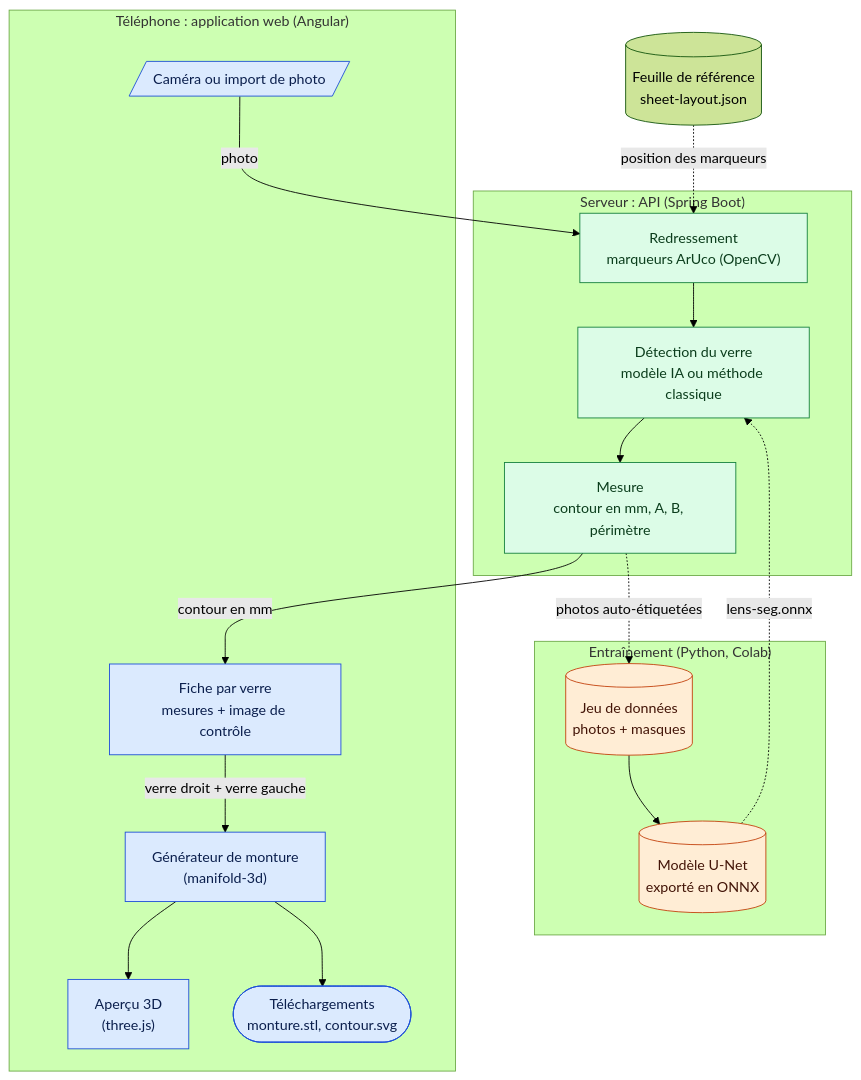
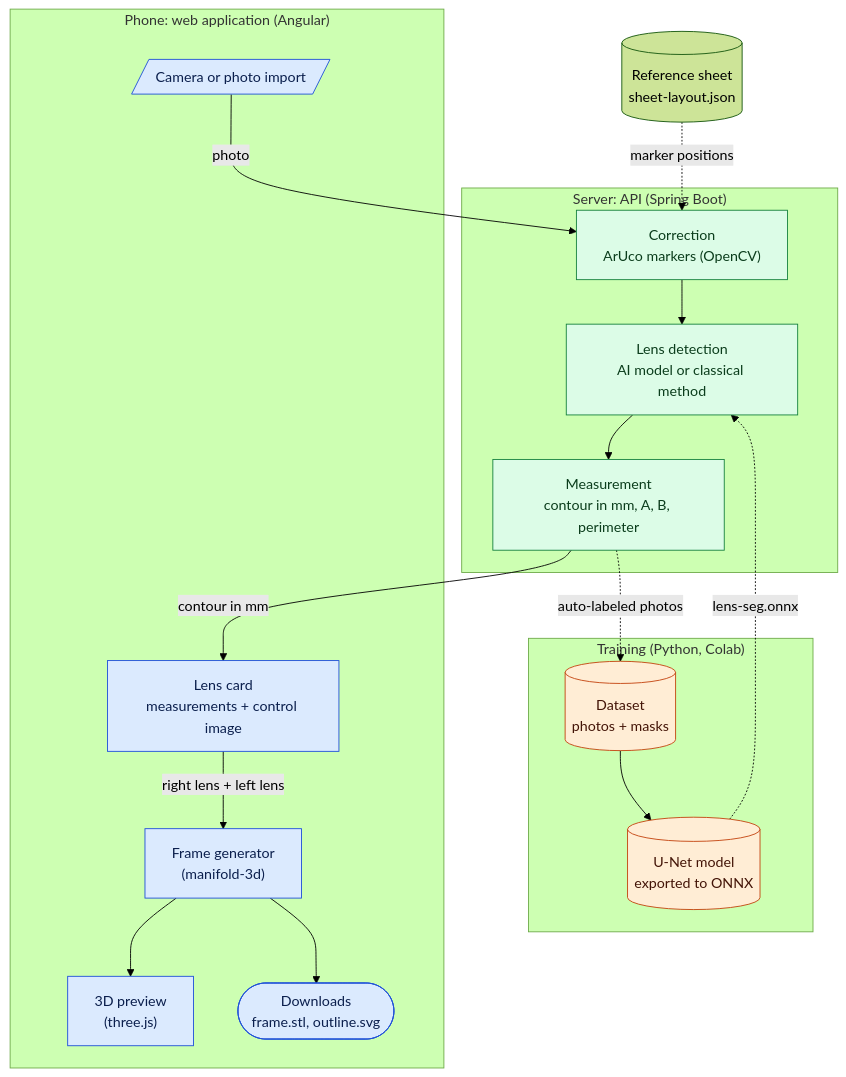
The second of 2 diagrams in README.md (CodeMLYummy/optiframe), drawn with Mermaid (forest theme) before and after one commit. The commit also changed other lines of this file, not shown here.

````diff
--- a/README.md
+++ b/README.md
@@ -23,41 +23,41 @@
 ```mermaid
 flowchart TB
-    subgraph PHONE["Téléphone : application web (Angular)"]
-        CAM[/"Caméra ou import de photo"/]
-        CARDS["Fiche par verre<br/>mesures + image de contrôle"]
-        GEN["Générateur de monture<br/>(manifold-3d)"]
-        VIEW["Aperçu 3D<br/>(three.js)"]
-        EXP(["Téléchargements<br/>monture.stl, contour.svg"])
+    subgraph PHONE["Phone: web application (Angular)"]
+        CAM[/"Camera or photo import"/]
+        CARDS["Lens card<br/>measurements + control image"]
+        GEN["Frame generator<br/>(manifold-3d)"]
+        VIEW["3D preview<br/>(three.js)"]
+        EXP(["Downloads<br/>frame.stl, outline.svg"])
     end
 
-    subgraph SERVER["Serveur : API (Spring Boot)"]
-        RECT["Redressement<br/>marqueurs ArUco (OpenCV)"]
-        SEG["Détection du verre<br/>modèle IA ou méthode classique"]
-        MEAS["Mesure<br/>contour en mm, A, B, périmètre"]
+    subgraph SERVER["Server: API (Spring Boot)"]
+        RECT["Correction<br/>ArUco markers (OpenCV)"]
+        SEG["Lens detection<br/>AI model or classical method"]
+        MEAS["Measurement<br/>contour in mm, A, B, perimeter"]
     end
 
-    subgraph TRAIN["Entraînement (Python, Colab)"]
-        DATA[("Jeu de données<br/>photos + masques")]
-        MODEL[("Modèle U-Net<br/>exporté en ONNX")]
+    subgraph TRAIN["Training (Python, Colab)"]
+        DATA[("Dataset<br/>photos + masks")]
+        MODEL[("U-Net model<br/>exported to ONNX")]
     end
 
-    SHEET[("Feuille de référence<br/>sheet-layout.json")]
+    SHEET[("Reference sheet<br/>sheet-layout.json")]
 
     CAM -- "photo" --> RECT
     RECT --> SEG --> MEAS
-    MEAS -- "contour en mm" --> CARDS
-    CARDS -- "verre droit + verre gauche" --> GEN
+    MEAS -- "contour in mm" --> CARDS
+    CARDS -- "right lens + left lens" --> GEN
     GEN --> VIEW
     GEN --> EXP
-    MEAS -. "photos auto-étiquetées" .-> DATA
+    MEAS -. "auto-labeled photos" .-> DATA
     DATA --> MODEL
     MODEL -. "lens-seg.onnx" .-> SEG
-    SHEET -. "position des marqueurs" .-> RECT
+    SHEET -. "marker positions" .-> RECT
 
     classDef phone fill:#dbeafe,stroke:#1d4ed8,color:#0b1f4d
     classDef server fill:#dcfce7,stroke:#15803d,color:#0b3d1c
     classDef train fill:#ffedd5,stroke:#c2410c,color:#431407
     class CAM,CARDS,GEN,VIEW,EXP phone
     class RECT,SEG,MEAS server
     class DATA,MODEL train
 ```
````
